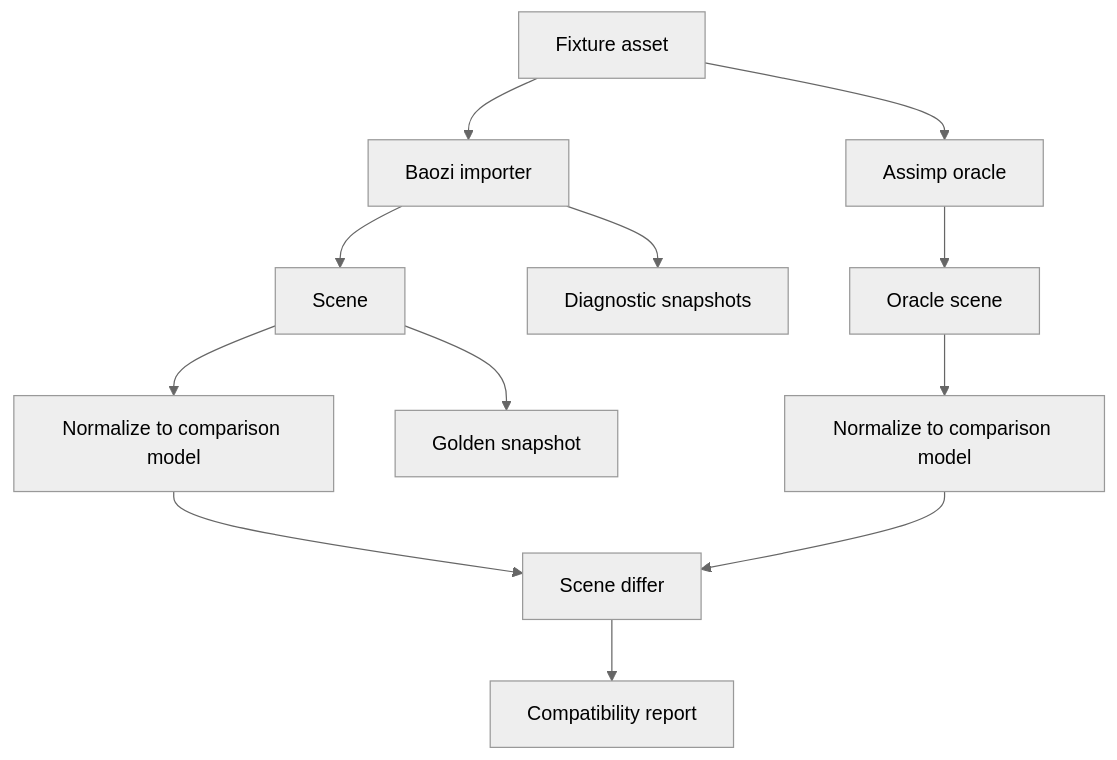
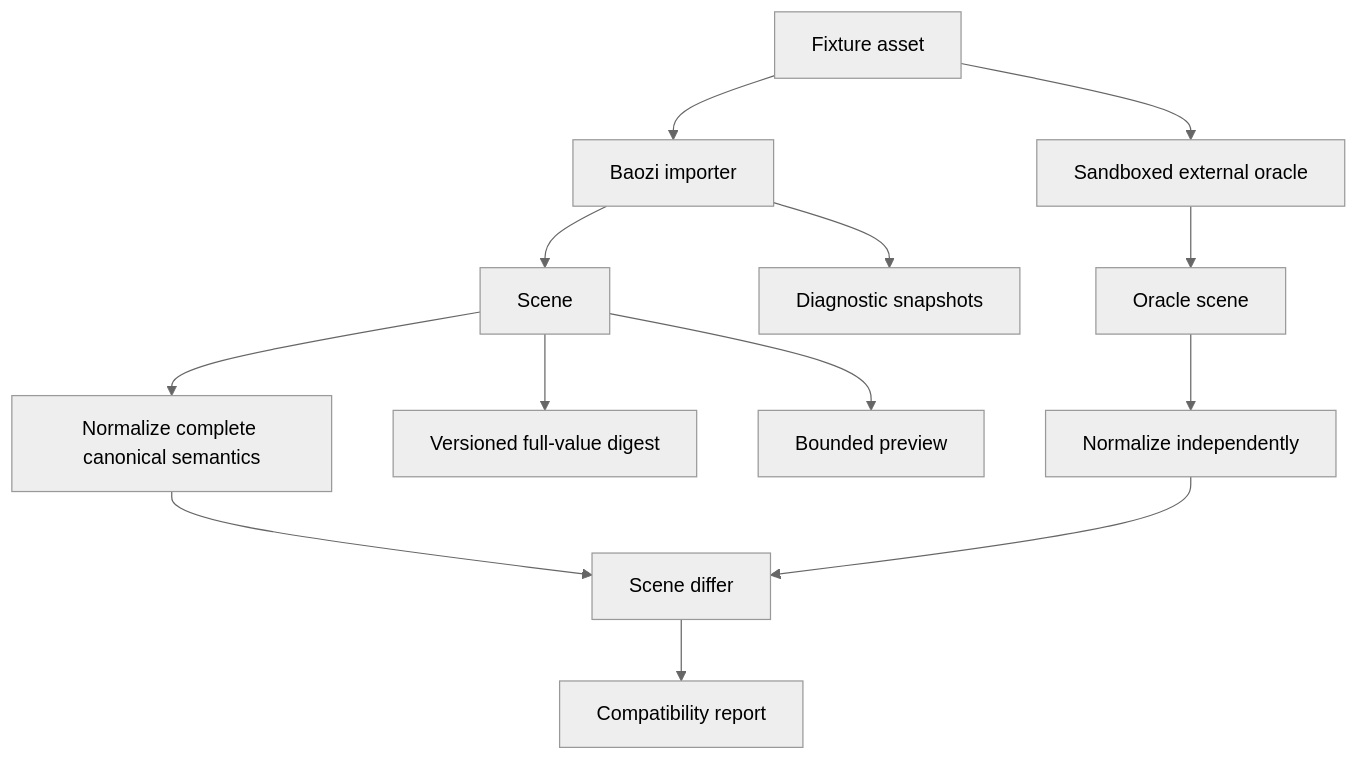
The first of 2 diagrams in docs/adr/0005-testing-fuzzing-and-differential-oracle-strategy.md (Latias94/baozi), drawn with Mermaid (neutral theme) before and after one commit. The commit also changed other lines of this file and 978 other files, not shown here.

First line of the commit message:
refactor: deliver typed scene workflows and bounded imports (#3)

````diff
--- a/docs/adr/0005-testing-fuzzing-and-differential-oracle-strategy.md
+++ b/docs/adr/0005-testing-fuzzing-and-differential-oracle-strategy.md
@@ -51,18 +76,19 @@
 ```mermaid
 flowchart TD
     Fixture[Fixture asset] --> Baozi[Baozi importer]
-    Fixture --> Oracle[Assimp oracle]
+    Fixture --> Oracle[Sandboxed external oracle]
 
     Baozi --> BaoziScene[Scene]
     Oracle --> OracleScene[Oracle scene]
 
-    BaoziScene --> NormalizeA[Normalize to comparison model]
-    OracleScene --> NormalizeB[Normalize to comparison model]
+    BaoziScene --> NormalizeA[Normalize complete canonical semantics]
+    OracleScene --> NormalizeB[Normalize independently]
 
     NormalizeA --> Differ[Scene differ]
     NormalizeB --> Differ
     Differ --> Report[Compatibility report]
 
-    BaoziScene --> Snapshot[Golden snapshot]
+    BaoziScene --> Digest[Versioned full-value digest]
+    BaoziScene --> Preview[Bounded preview]
     Baozi --> Diagnostics[Diagnostic snapshots]
 ```
````
